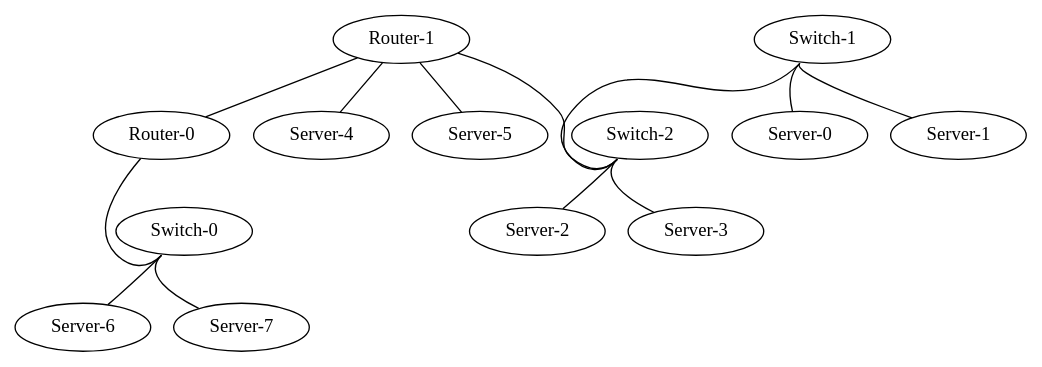
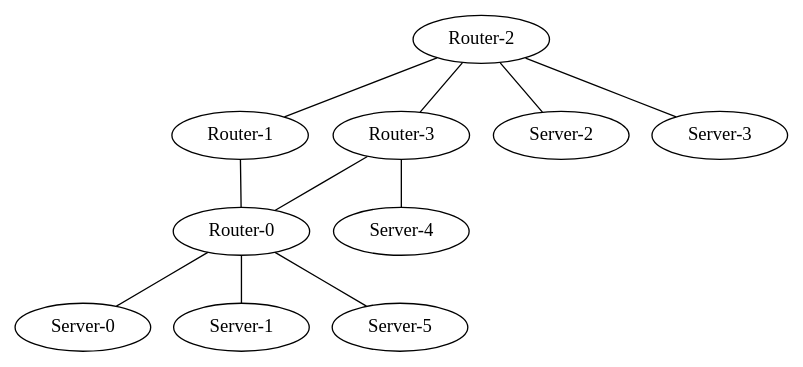
One commit to matferronato/TopologyGen changed the diagram in TopologyGen/TopologyInfo/topology.dot. Above: the diagram before and after it, drawn with Graphviz. The commit also changed 140 other files, not shown here.

```diff
--- a/TopologyGen/TopologyInfo/topology.dot
+++ b/TopologyGen/TopologyInfo/topology.dot
@@ -1,27 +1,22 @@
 graph vx {
 "Router-0" [function="leaf" vagrant="eth1" os="hashicorp/bionic64" version="1.0.282" memory="500" config="./helper_scripts/config_production_switch.sh" ]
 "Router-1" [function="leaf" vagrant="eth1" os="hashicorp/bionic64" version="1.0.282" memory="500" config="./helper_scripts/config_production_switch.sh" ]
+"Router-2" [function="leaf" vagrant="eth1" os="hashicorp/bionic64" version="1.0.282" memory="500" config="./helper_scripts/config_production_switch.sh" ]
+"Router-3" [function="leaf" vagrant="eth1" os="hashicorp/bionic64" version="1.0.282" memory="500" config="./helper_scripts/config_production_switch.sh" ]
 "Server-0" [function="leaf" vagrant="eth1" os="hashicorp/bionic64" version="1.0.282" memory="500" config="./helper_scripts/config_production_switch.sh" ]
 "Server-1" [function="leaf" vagrant="eth1" os="hashicorp/bionic64" version="1.0.282" memory="500" config="./helper_scripts/config_production_switch.sh" ]
 "Server-2" [function="leaf" vagrant="eth1" os="hashicorp/bionic64" version="1.0.282" memory="500" config="./helper_scripts/config_production_switch.sh" ]
 "Server-3" [function="leaf" vagrant="eth1" os="hashicorp/bionic64" version="1.0.282" memory="500" config="./helper_scripts/config_production_switch.sh" ]
 "Server-4" [function="leaf" vagrant="eth1" os="hashicorp/bionic64" version="1.0.282" memory="500" config="./helper_scripts/config_production_switch.sh" ]
 "Server-5" [function="leaf" vagrant="eth1" os="hashicorp/bionic64" version="1.0.282" memory="500" config="./helper_scripts/config_production_switch.sh" ]
-"Server-6" [function="leaf" vagrant="eth1" os="hashicorp/bionic64" version="1.0.282" memory="500" config="./helper_scripts/config_production_switch.sh" ]
-"Server-7" [function="leaf" vagrant="eth1" os="hashicorp/bionic64" version="1.0.282" memory="500" config="./helper_scripts/config_production_switch.sh" ]
-"Switch-0" [function="leaf" vagrant="eth1" os="hashicorp/bionic64" version="1.0.282" memory="500" config="./helper_scripts/config_production_switch.sh" ]
-"Switch-1" [function="leaf" vagrant="eth1" os="hashicorp/bionic64" version="1.0.282" memory="500" config="./helper_scripts/config_production_switch.sh" ]
-"Switch-2" [function="leaf" vagrant="eth1" os="hashicorp/bionic64" version="1.0.282" memory="500" config="./helper_scripts/config_production_switch.sh" ]
-"Switch-1":"swp1" -- "Server-0":"eth50"
-"Switch-1":"swp2" -- "Server-1":"eth50"
-"Switch-2":"swp1" -- "Server-2":"eth50"
-"Switch-2":"swp2" -- "Server-3":"eth50"
-"Switch-0":"swp1" -- "Server-6":"eth50"
-"Switch-0":"swp2" -- "Server-7":"eth50"
-"Router-1":"eth1" -- "Server-4":"eth100"
-"Router-0":"eth50" -- "Switch-0":"swp100"
-"Router-1":"eth2" -- "Server-5":"eth100"
-"Switch-1":"swp50" -- "Switch-2":"swp50"
-"Router-1":"eth50" -- "Switch-2":"swp100"
-"Router-1":"eth100" -- "Router-0":"eth100"
+"Router-0":"eth1" -- "Server-5":"eth100"
+"Router-0":"eth2" -- "Server-0":"eth100"
+"Router-0":"eth3" -- "Server-1":"eth100"
+"Router-2":"eth1" -- "Server-2":"eth100"
+"Router-2":"eth2" -- "Server-3":"eth100"
+"Router-3":"eth1" -- "Server-4":"eth100"
+"Router-2":"eth100" -- "Router-3":"eth100"
+"Router-3":"eth101" -- "Router-0":"eth100"
+"Router-1":"eth100" -- "Router-0":"eth101"
+"Router-2":"eth101" -- "Router-1":"eth101"
 }
```
